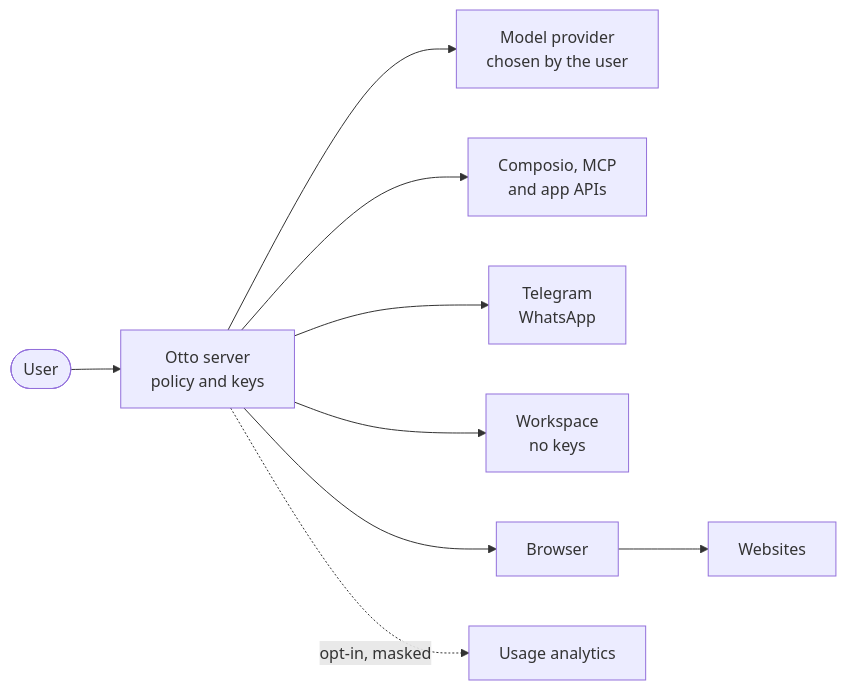
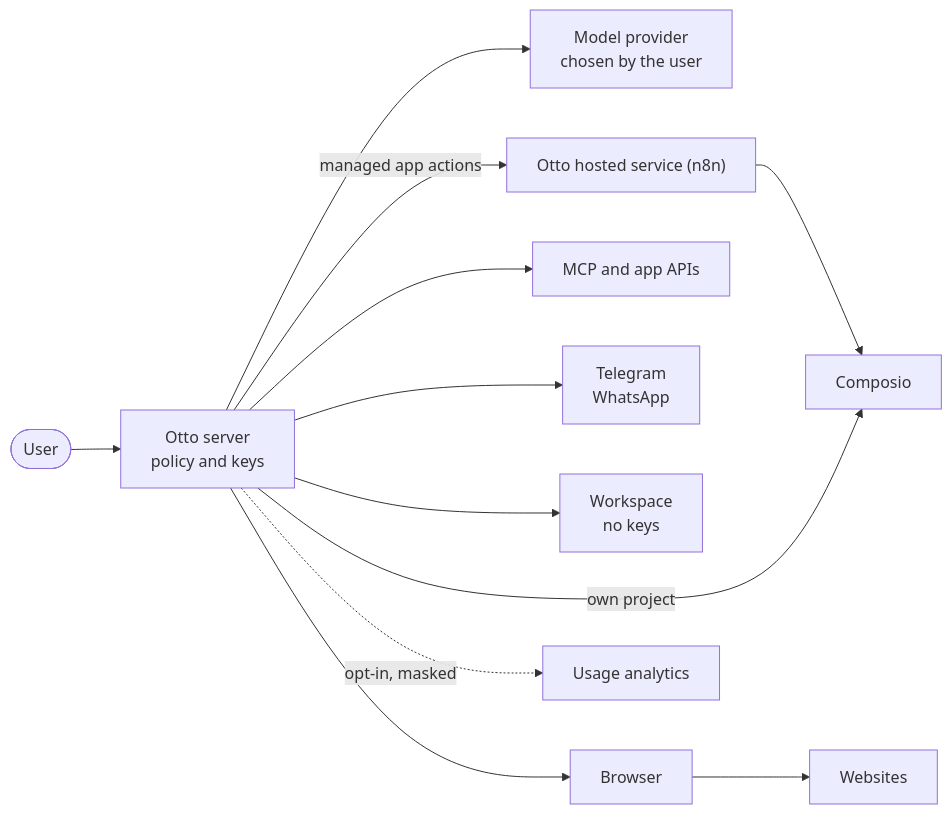
The diagram in docs/src/content/docs/trust/security-review.mdx (KrishBhimani/nod), drawn with Mermaid before and after one commit. The commit also changed other lines of this file and 104 other files, not shown here.

Commit message:
feat: connect apps with Google sign-in or a Composio key (#204)

````diff
--- a/docs/src/content/docs/trust/security-review.mdx
+++ b/docs/src/content/docs/trust/security-review.mdx
@@ -25,10 +25,13 @@
 ```mermaid
 flowchart LR
   user([User]):::accent --> server[Otto server<br/>policy and keys]
   server --> model[Model provider<br/>chosen by the user]
-  server --> apps[Composio, MCP<br/>and app APIs]
+  server -- managed app actions --> managed["Otto hosted service (n8n)"]
+  managed --> composio[Composio]
+  server -- own project --> composio
+  server --> apps[MCP and app APIs]
   server --> chat[Telegram<br/>WhatsApp]
   server --> box[Workspace<br/>no keys]:::muted
   server --> browser[Browser]:::muted --> sites[Websites]
   server -. opt-in, masked .-> analytics[Usage analytics]:::muted
 ```
````
